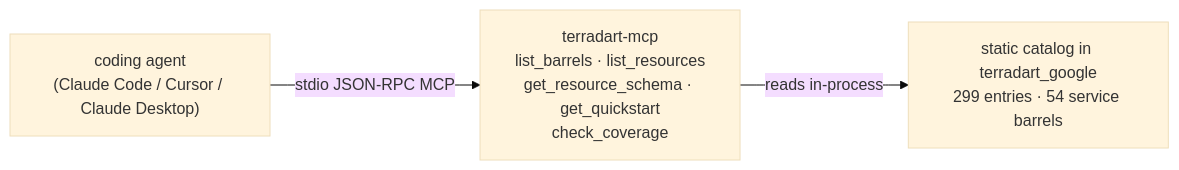
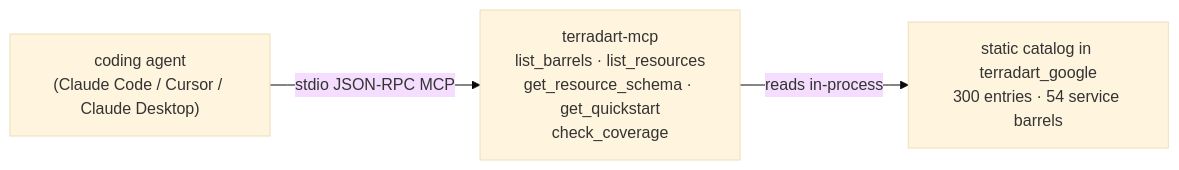
The diagram in website/src/content/docs/docs/agent/index.md (nozomi-koborinai/terradart), drawn with Mermaid (base theme) before and after one commit. The commit also changed other lines of this file and 15 other files, not shown here.

````diff
--- a/website/src/content/docs/docs/agent/index.md
+++ b/website/src/content/docs/docs/agent/index.md
@@ -12,8 +12,8 @@
 ```mermaid
 graph LR
   agent["coding agent<br/>(Claude Code / Cursor / Claude Desktop)"]
   mcp["terradart-mcp<br/>list_barrels · list_resources<br/>get_resource_schema · get_quickstart<br/>check_coverage"]
-  catalog["static catalog in terradart_google<br/>299 entries · 54 service barrels"]
+  catalog["static catalog in terradart_google<br/>300 entries · 54 service barrels"]
   agent -->|stdio JSON-RPC MCP| mcp
   mcp -->|reads in-process| catalog
 ```
````
